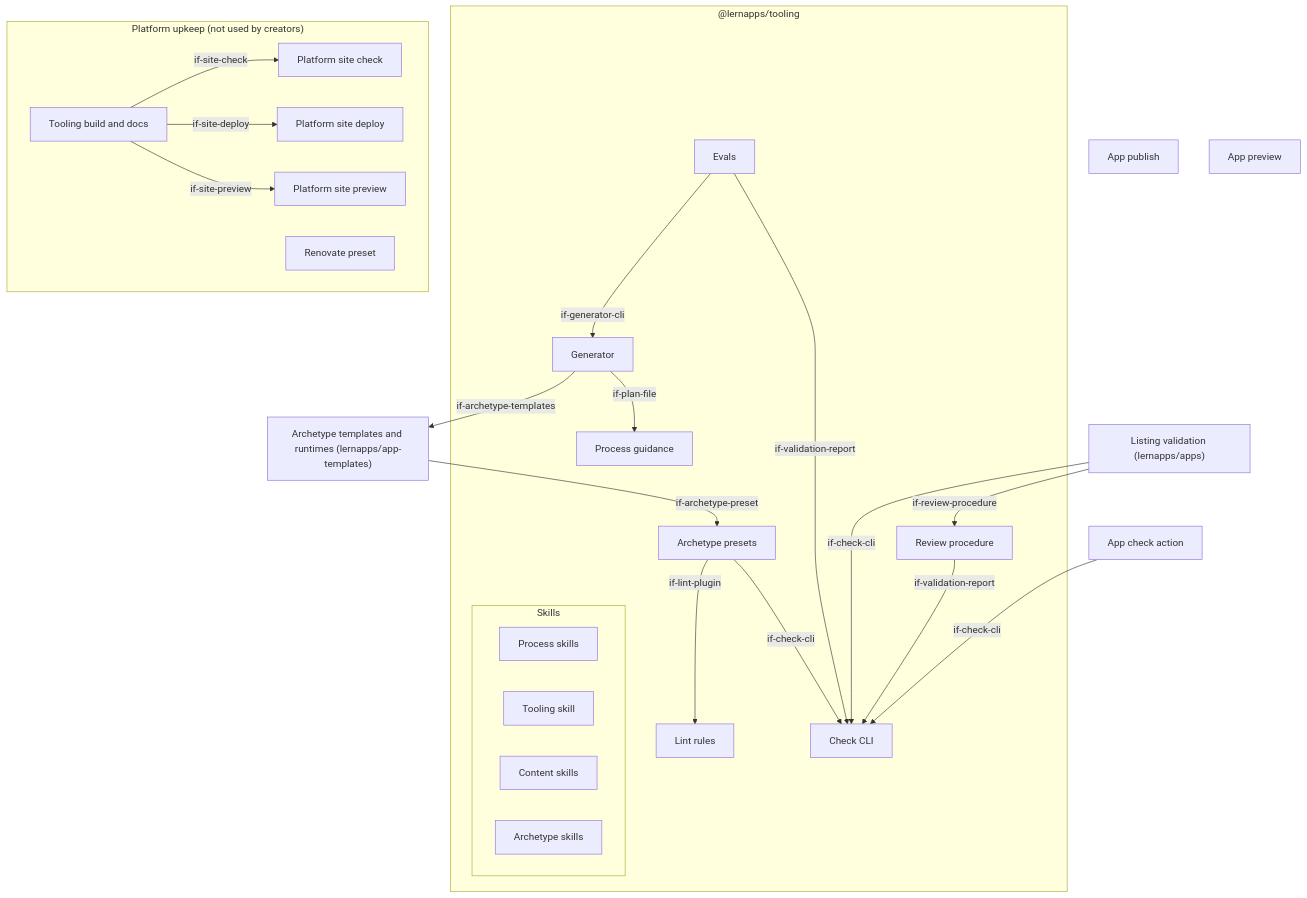
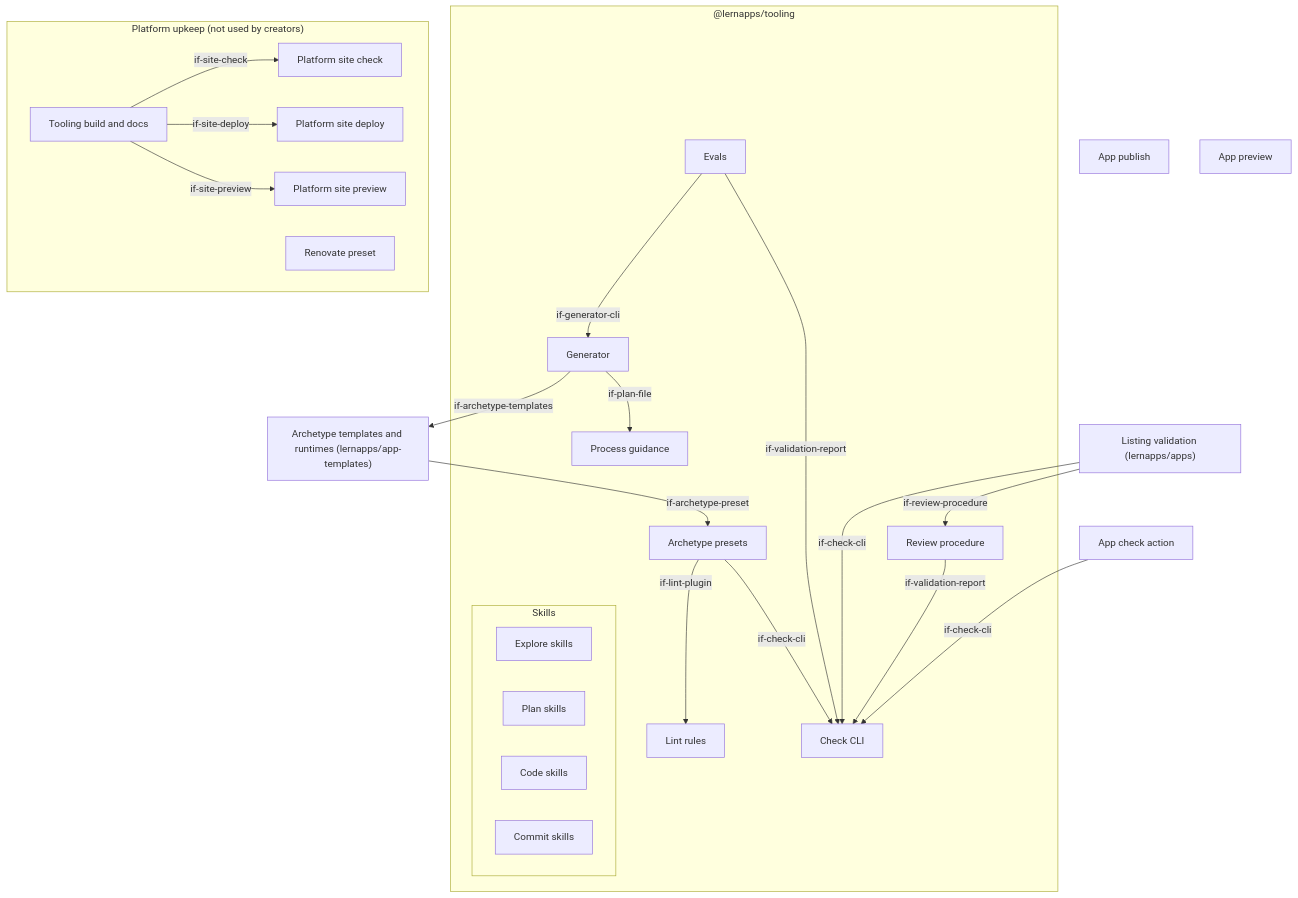
Before and after one commit to lernapps/tooling: the first of 3 diagrams in docs/arc42/05-building-blocks.arc42.md, drawn with Mermaid. The commit also changed other lines of this file and 2 other files, not shown here.

First line of the commit message:
docs(arc42): one building block per skill, with its goal, grouped by phase

````diff
--- a/docs/arc42/05-building-blocks.arc42.md
+++ b/docs/arc42/05-building-blocks.arc42.md
@@ -25,44 +25,44 @@
 ```mermaid
 flowchart TB
     subgraph bb-tooling-package["@lernapps/tooling"]
         bb-process-guidance["Process guidance"]
         subgraph bb-skills["Skills"]
-            bb-skills-process["Process skills"]
-            bb-skills-tooling["Tooling skill"]
-            bb-skills-content["Content skills"]
-            bb-skills-archetypes["Archetype skills"]
+            bb-skills-explore["Explore skills"]
+            bb-skills-plan["Plan skills"]
+            bb-skills-code["Code skills"]
+            bb-skills-commit["Commit skills"]
         end
         bb-generator["Generator"]
         bb-archetypes["Archetype presets"]
         bb-lint-rules["Lint rules"]
         bb-check-cli["Check CLI"]
         bb-review-procedure["Review procedure"]
         bb-evals["Evals"]
     end
     bb-app-templates["Archetype templates and runtimes (lernapps/app-templates)"]
     bb-app-check-action["App check action"]
     bb-app-publish["App publish"]
     bb-app-preview["App preview"]
     subgraph bb-platform-upkeep["Platform upkeep (not used by creators)"]
         bb-tooling-build["Tooling build and docs"]
         bb-site-check["Platform site check"]
         bb-site-deploy["Platform site deploy"]
         bb-site-preview["Platform site preview"]
         bb-renovate-preset["Renovate preset"]
     end
     bb-listing-validation["Listing validation (lernapps/apps)"]
     bb-generator -->|"if-archetype-templates"| bb-app-templates
     bb-generator -->|"if-plan-file"| bb-process-guidance
     bb-app-templates -->|"if-archetype-preset"| bb-archetypes
     bb-archetypes -->|"if-lint-plugin"| bb-lint-rules
     bb-archetypes -->|"if-check-cli"| bb-check-cli
     bb-app-check-action -->|"if-check-cli"| bb-check-cli
     bb-listing-validation -->|"if-check-cli"| bb-check-cli
     bb-listing-validation -->|"if-review-procedure"| bb-review-procedure
     bb-review-procedure -->|"if-validation-report"| bb-check-cli
     bb-evals -->|"if-generator-cli"| bb-generator
     bb-evals -->|"if-validation-report"| bb-check-cli
     bb-tooling-build -->|"if-site-check"| bb-site-check
     bb-tooling-build -->|"if-site-deploy"| bb-site-deploy
     bb-tooling-build -->|"if-site-preview"| bb-site-preview
 ```
````
